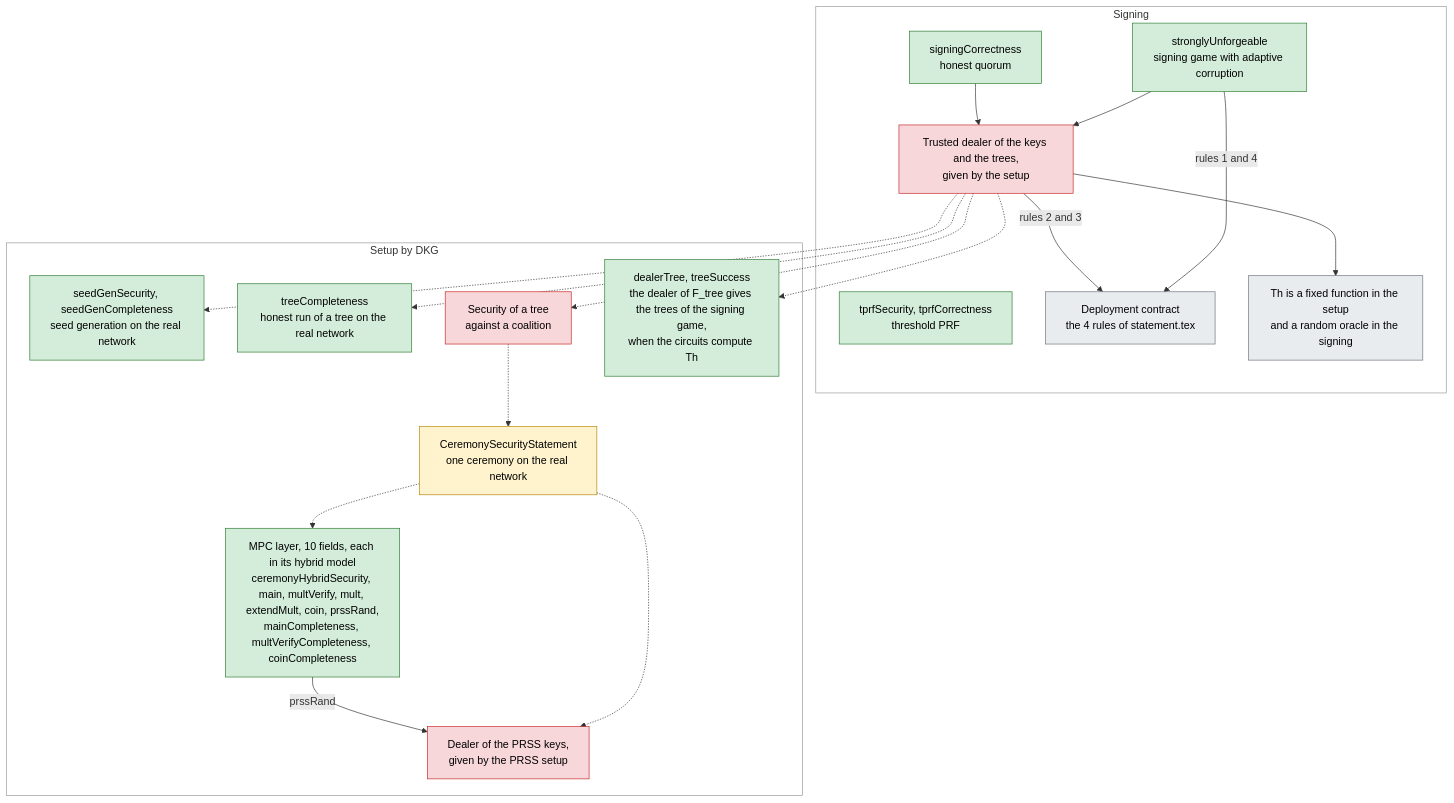
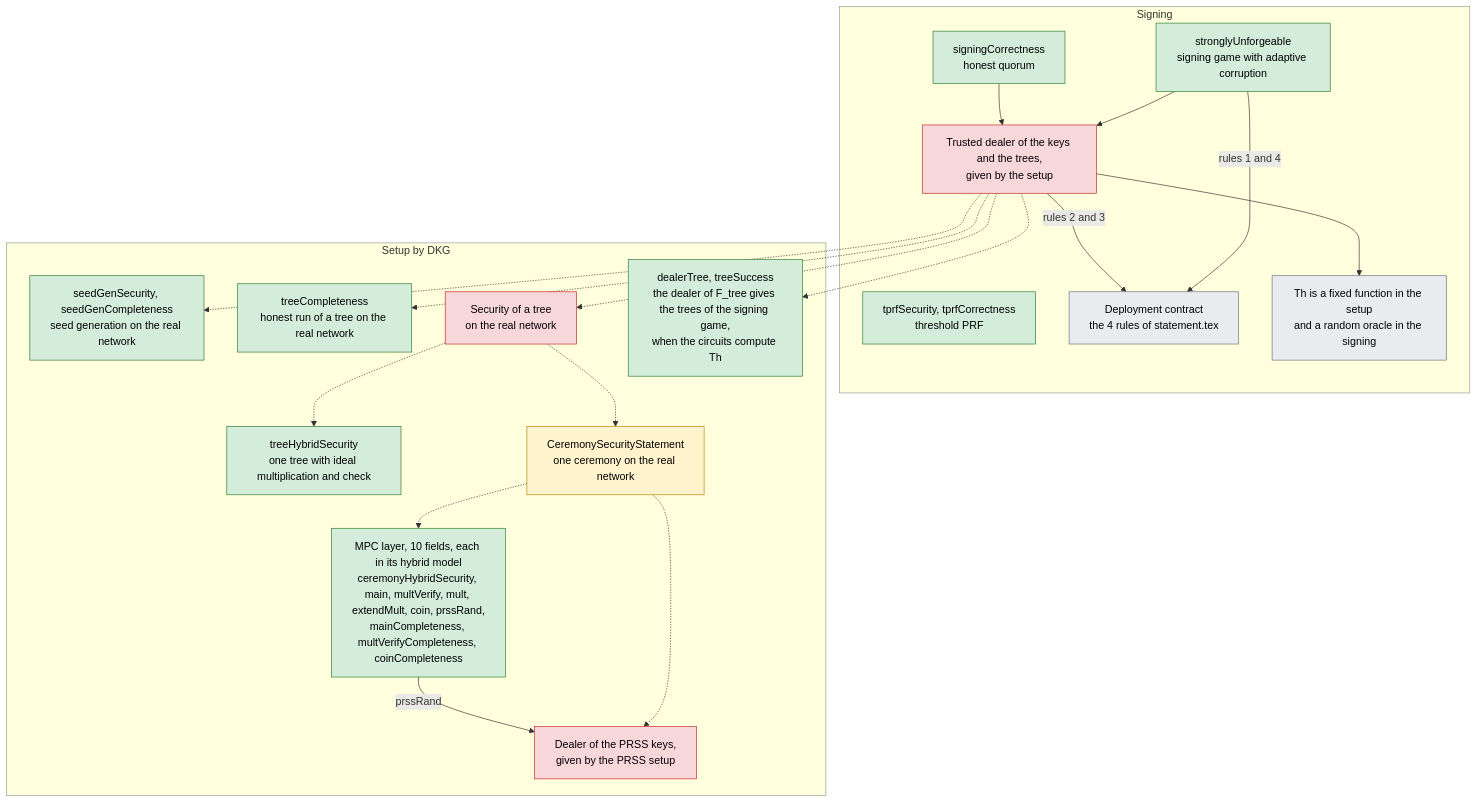
One commit to han0110/threshold-lean-xmss changed the diagram in formal/README.md. Above: the diagram before and after it, drawn with Mermaid. The commit also changed other lines of this file and 13 other files, not shown here.

````diff
--- a/formal/README.md
+++ b/formal/README.md
@@ -75,43 +76,45 @@
 ```mermaid
 flowchart TB
   classDef proved fill:#d4edda,stroke:#2e7d32,color:#000
   classDef stated fill:#fff3cd,stroke:#b8860b,color:#000
   classDef missing fill:#f8d7da,stroke:#c62828,color:#000
   classDef assumed fill:#e9ecef,stroke:#6c757d,color:#000
 
   subgraph SIG["Signing"]
     SUF["stronglyUnforgeable<br/>signing game with adaptive corruption"]:::proved
     SCOR["signingCorrectness<br/>honest quorum"]:::proved
     TPRF["tprfSecurity, tprfCorrectness<br/>threshold PRF"]:::proved
     DEALT["Trusted dealer of the keys and the trees,<br/>given by the setup"]:::missing
     RULES["Deployment contract<br/>the 4 rules of statement.tex"]:::assumed
     HEUR["Th is a fixed function in the setup<br/>and a random oracle in the signing"]:::assumed
   end
 
   subgraph DKG["Setup by DKG"]
     SEED["seedGenSecurity, seedGenCompleteness<br/>seed generation on the real network"]:::proved
     TCOMP["treeCompleteness<br/>honest run of a tree on the real network"]:::proved
-    TSEC["Security of a tree<br/>against a coalition"]:::missing
+    THYB["treeHybridSecurity<br/>one tree with ideal multiplication and check"]:::proved
+    TSEC["Security of a tree<br/>on the real network"]:::missing
     DEALER["dealerTree, treeSuccess<br/>the dealer of F_tree gives the trees of the signing game,<br/>when the circuits compute Th"]:::proved
     CSEC["CeremonySecurityStatement<br/>one ceremony on the real network"]:::stated
     MPC["MPC layer, 10 fields, each in its hybrid model<br/>ceremonyHybridSecurity, main, multVerify, mult, extendMult, coin, prssRand,<br/>mainCompleteness, multVerifyCompleteness, coinCompleteness"]:::proved
     PKEYS["Dealer of the PRSS keys,<br/>given by the PRSS setup"]:::missing
   end
 
-  style SIG fill:#ffffff,stroke:#999999
-  style DKG fill:#ffffff,stroke:#999999
+  style SIG stroke:#999999
+  style DKG stroke:#999999
 
   SUF --> DEALT
   SCOR --> DEALT
   SUF -->|rules 1 and 4| RULES
   DEALT -->|rules 2 and 3| RULES
   DEALT --> HEUR
   DEALT -.-> SEED
   DEALT -.-> DEALER
   DEALT -.-> TCOMP
   DEALT -.-> TSEC
+  TSEC -.-> THYB
   TSEC -.-> CSEC
   CSEC -.-> MPC
   CSEC -.-> PKEYS
   MPC -->|prssRand| PKEYS
 ```
````
